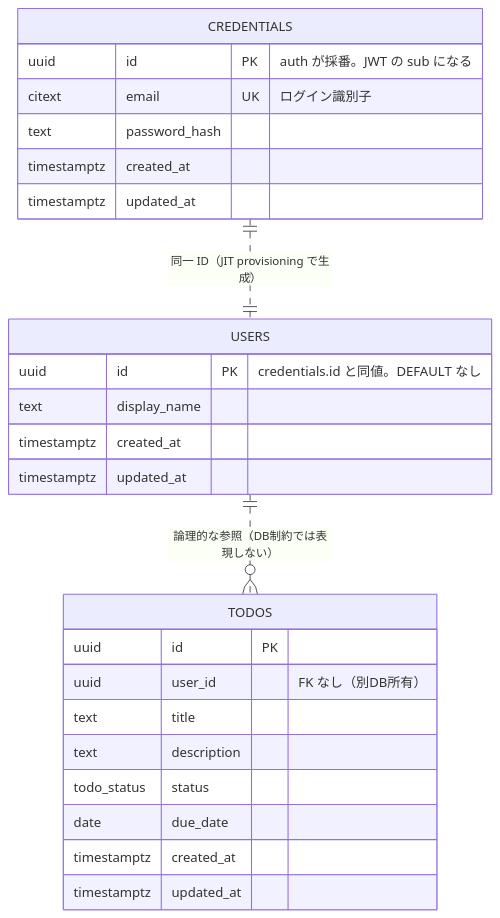
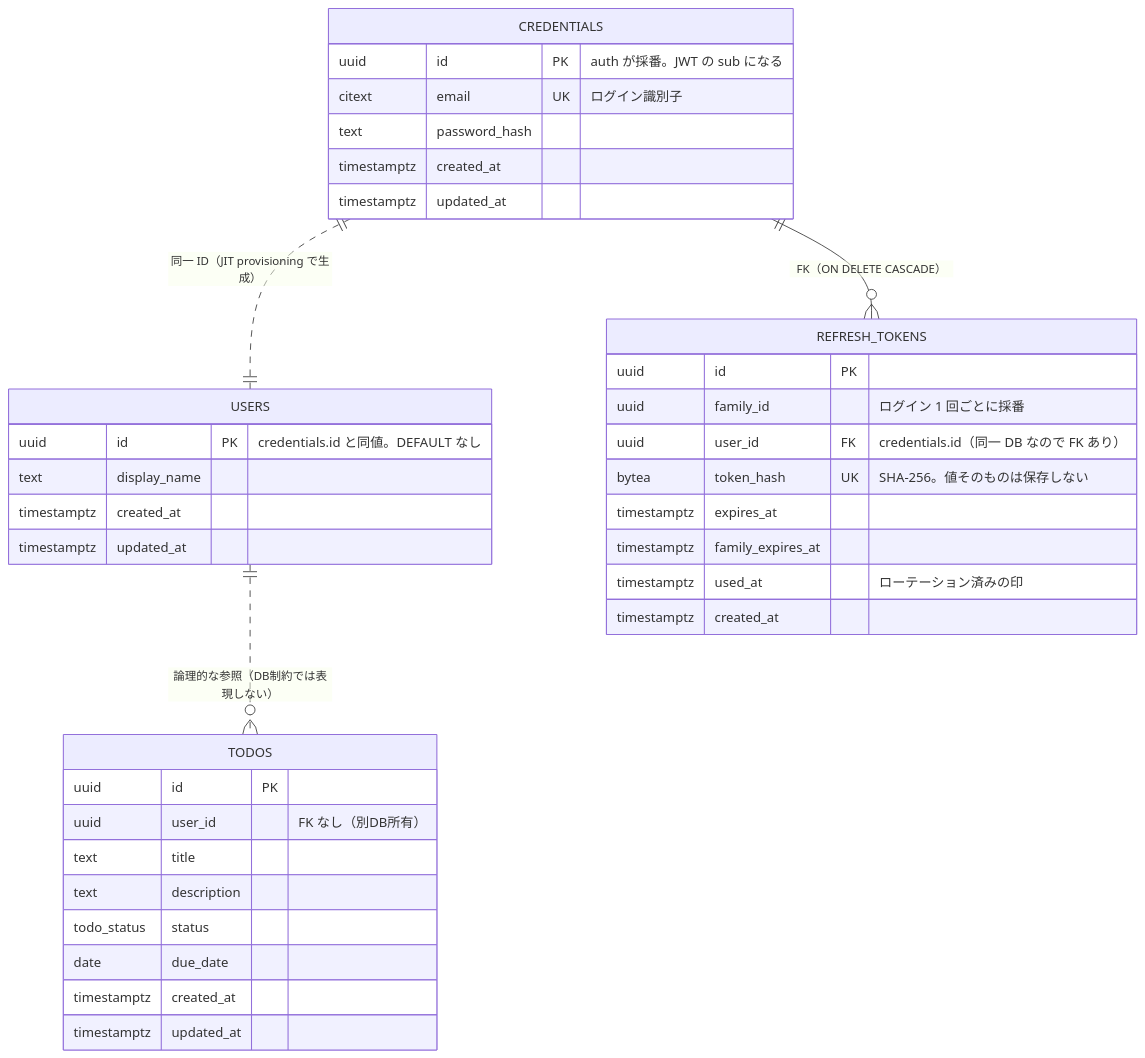
One commit to kayawari/graphql-todo changed the second of 6 diagrams in docs/design.md. Above: the diagram before and after it, drawn with Mermaid. The commit also changed other lines of this file and 24 other files, not shown here.

First line of the commit message:
add(graphql-todo): リフレッシュトークンとログアウト時の失効を追加

````diff
--- a/docs/design.md
+++ b/docs/design.md
@@ -407,28 +424,39 @@
 ```mermaid
 erDiagram
     CREDENTIALS {
         uuid id PK "auth が採番。JWT の sub になる"
         citext email UK "ログイン識別子"
         text password_hash
         timestamptz created_at
         timestamptz updated_at
     }
     USERS {
         uuid id PK "credentials.id と同値。DEFAULT なし"
         text display_name
         timestamptz created_at
         timestamptz updated_at
     }
     TODOS {
         uuid id PK
         uuid user_id "FK なし（別DB所有）"
         text title
         text description
         todo_status status
         date due_date
         timestamptz created_at
         timestamptz updated_at
     }
+    REFRESH_TOKENS {
+        uuid id PK
+        uuid family_id "ログイン 1 回ごとに採番"
+        uuid user_id FK "credentials.id（同一 DB なので FK あり）"
+        bytea token_hash UK "SHA-256。値そのものは保存しない"
+        timestamptz expires_at
+        timestamptz family_expires_at
+        timestamptz used_at "ローテーション済みの印"
+        timestamptz created_at
+    }
+    CREDENTIALS ||--o{ REFRESH_TOKENS : "FK（ON DELETE CASCADE）"
     CREDENTIALS ||..|| USERS : "同一 ID（JIT provisioning で生成）"
     USERS ||..o{ TODOS : "論理的な参照（DB制約では表現しない）"
 ```
````
